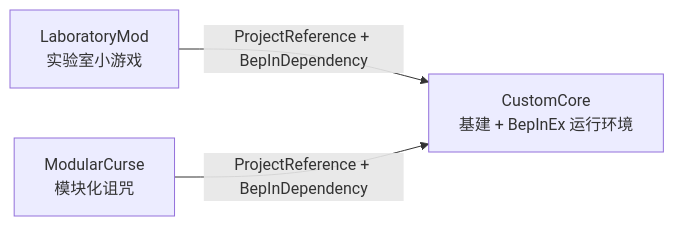
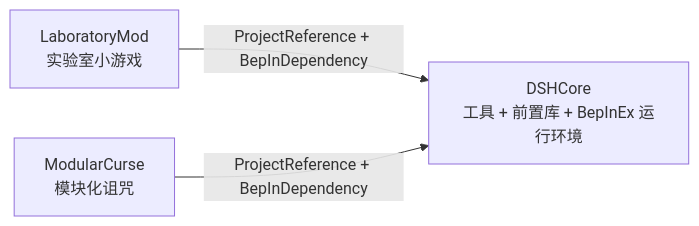
Before and after one commit to Alhugh233/MVZ2Mod: the diagram in readme.md, drawn with Mermaid. The commit also changed other lines of this file and 47 other files, not shown here.

````diff
--- a/readme.md
+++ b/readme.md
@@ -19,8 +23,8 @@
 ```mermaid
 flowchart LR
-    C["CustomCore<br/>基建 + BepInEx 运行环境"]
+    C["DSHCore<br/>工具 + 前置库 + BepInEx 运行环境"]
     L["LaboratoryMod<br/>实验室小游戏"]
     M["ModularCurse<br/>模块化诅咒"]
     L -->|ProjectReference + BepInDependency| C
     M -->|ProjectReference + BepInDependency| C
 ```
````
